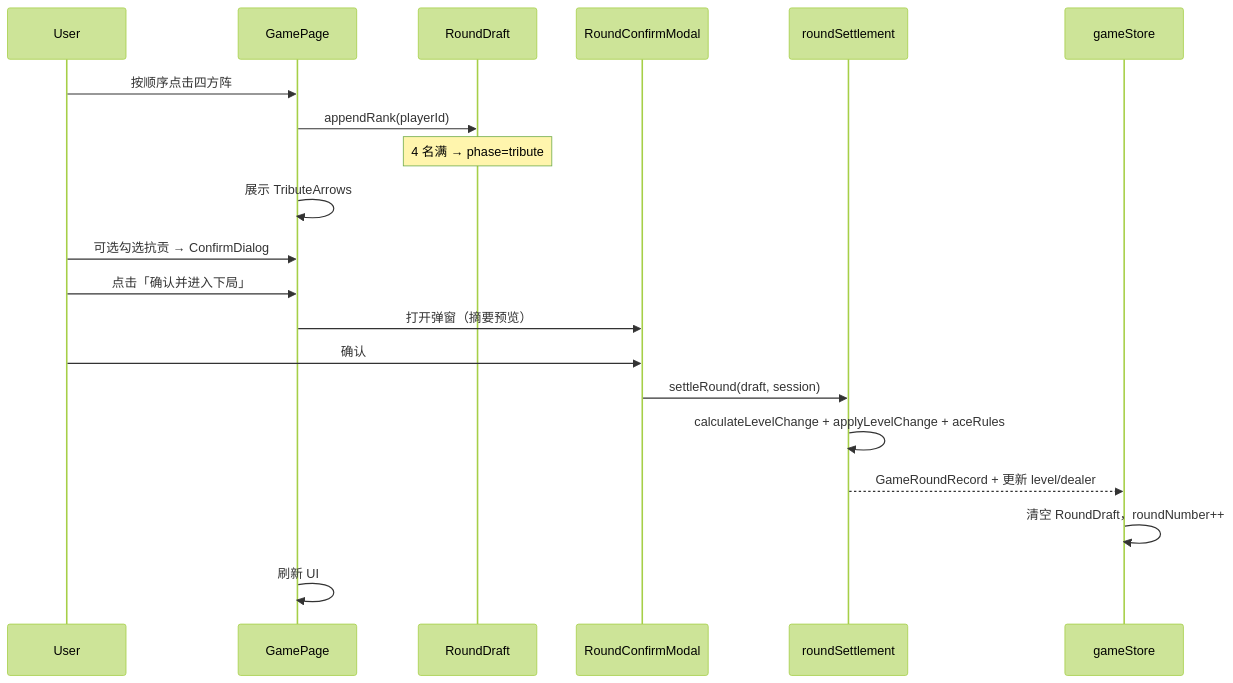
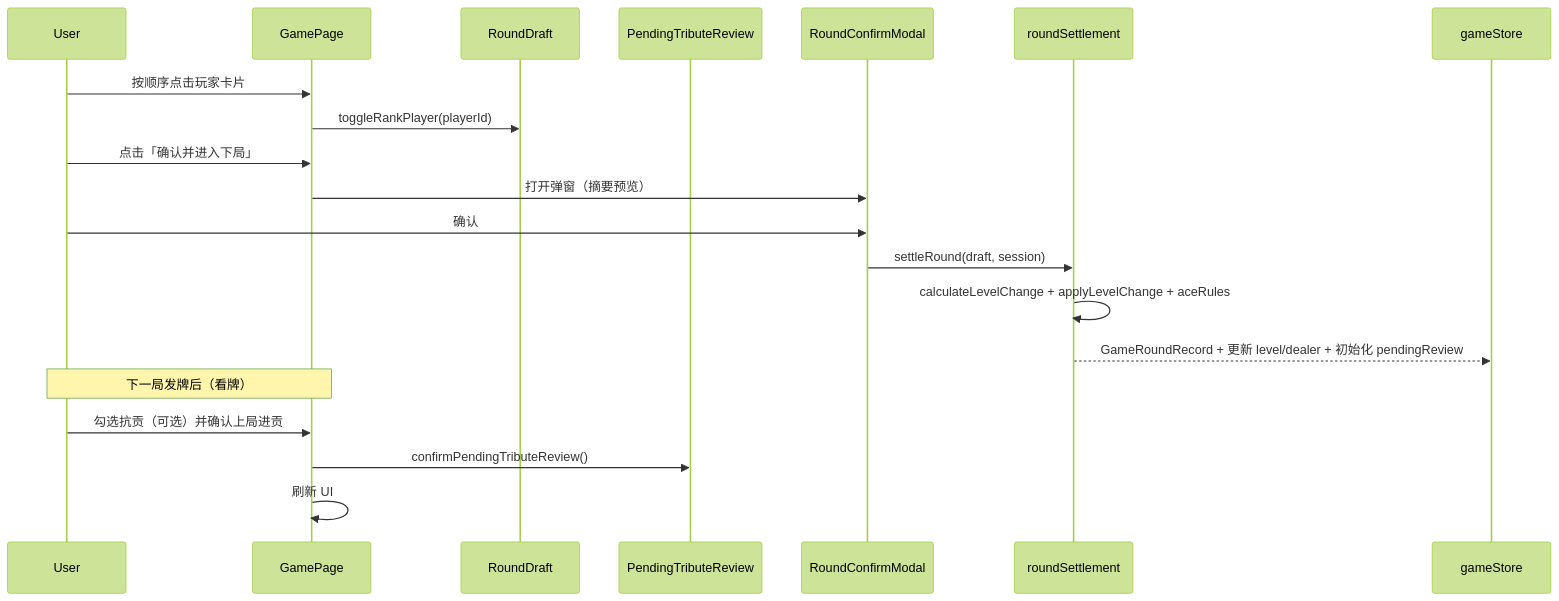
The third of 6 diagrams in docs/SDD-Web.md (boardgamevoice-commits/guandan_master_web), drawn with Mermaid (forest theme) before and after one commit. The commit also changed other lines of this file and 4 other files, not shown here.

````diff
--- a/docs/SDD-Web.md
+++ b/docs/SDD-Web.md
@@ -382,23 +378,23 @@
 ```mermaid
 sequenceDiagram
     participant U as User
     participant G as GamePage
     participant R as RoundDraft
+    participant P as PendingTributeReview
     participant M as RoundConfirmModal
     participant E as roundSettlement
     participant S as gameStore
 
-    U->>G: 按顺序点击四方阵
-    G->>R: appendRank(playerId)
-    Note over R: 4 名满 → phase=tribute
-    G->>G: 展示 TributeArrows
-    U->>G: 可选勾选抗贡 → ConfirmDialog
+    U->>G: 按顺序点击玩家卡片
+    G->>R: toggleRankPlayer(playerId)
     U->>G: 点击「确认并进入下局」
     G->>M: 打开弹窗（摘要预览）
     U->>M: 确认
     M->>E: settleRound(draft, session)
     E->>E: calculateLevelChange + applyLevelChange + aceRules
-    E-->>S: GameRoundRecord + 更新 level/dealer
-    S->>S: 清空 RoundDraft，roundNumber++
+    E-->>S: GameRoundRecord + 更新 level/dealer + 初始化 pendingReview
+    Note over U,G: 下一局发牌后（看牌）
+    U->>G: 勾选抗贡（可选）并确认上局进贡
+    G->>P: confirmPendingTributeReview()
     G->>G: 刷新 UI
 ```
````
